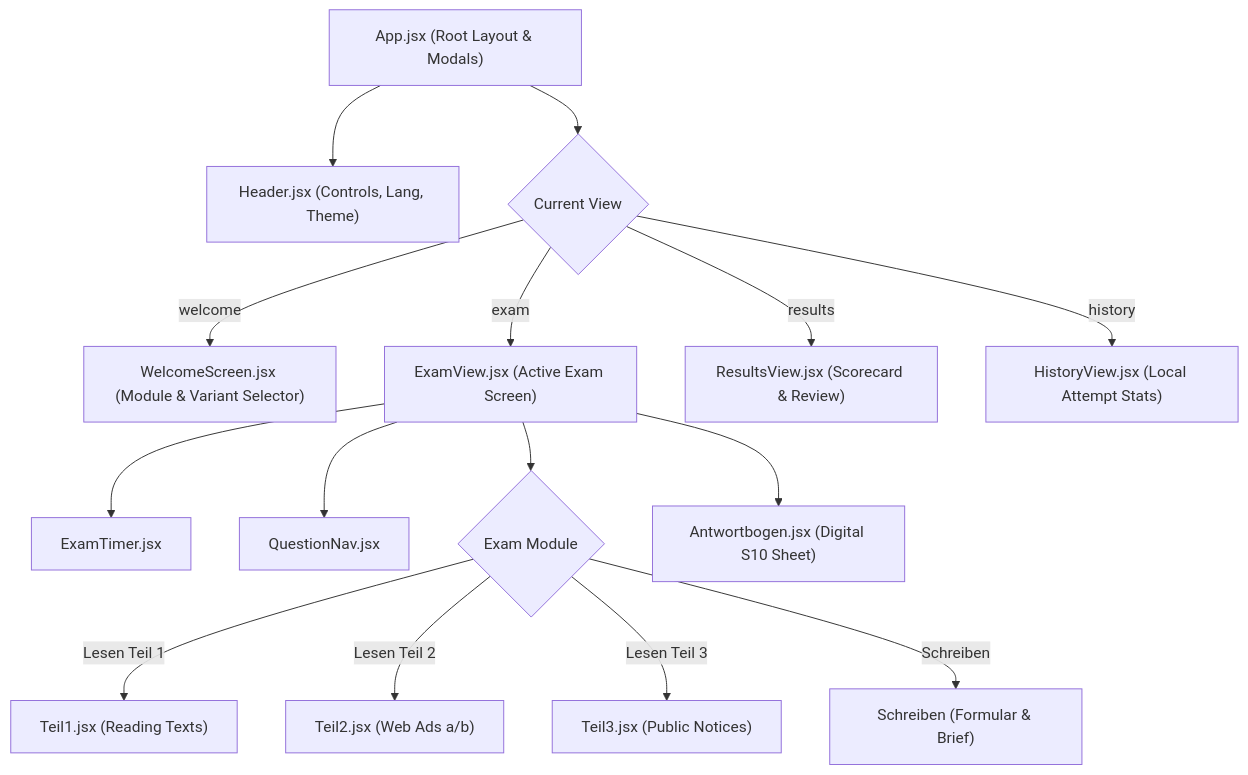
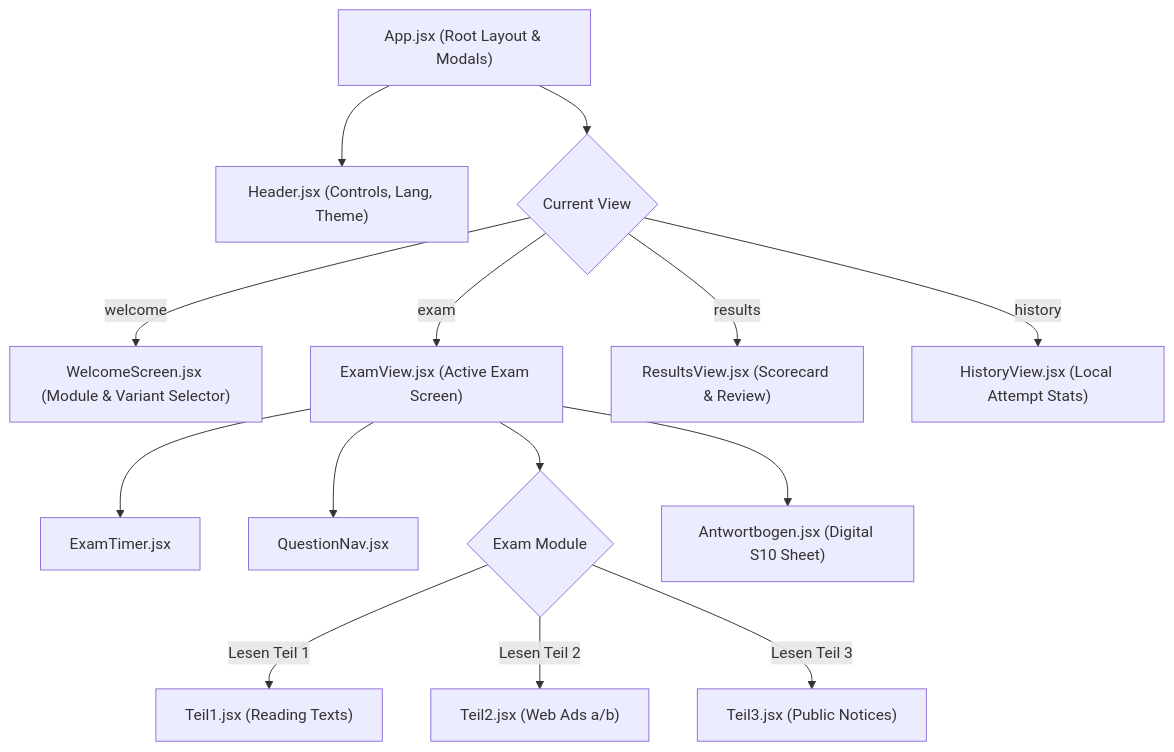
Before and after one commit to soldrag/telcA1: the second of 5 diagrams in ARCHITECTURE.md, drawn with Mermaid. The commit also changed other lines of this file, not shown here.

Commit message:
docs(architecture): document contract-guarded build, assignment continuity, and button tests

````diff
--- a/ARCHITECTURE.md
+++ b/ARCHITECTURE.md
@@ -75,22 +75,20 @@
 ```mermaid
 graph TD
     App["App.jsx (Root Layout & Modals)"]
     App --> Header["Header.jsx (Controls, Lang, Theme)"]
     App --> ViewSelector{Current View}
     
     ViewSelector -->|welcome| WelcomeScreen["WelcomeScreen.jsx (Module & Variant Selector)"]
     ViewSelector -->|exam| ExamView["ExamView.jsx (Active Exam Screen)"]
     ViewSelector -->|results| ResultsView["ResultsView.jsx (Scorecard & Review)"]
     ViewSelector -->|history| HistoryView["HistoryView.jsx (Local Attempt Stats)"]
     
     ExamView --> ExamTimer["ExamTimer.jsx"]
     ExamView --> QuestionNav["QuestionNav.jsx"]
     ExamView --> ActiveModule{Exam Module}
     
     ActiveModule -->|Lesen Teil 1| Teil1["Teil1.jsx (Reading Texts)"]
     ActiveModule -->|Lesen Teil 2| Teil2["Teil2.jsx (Web Ads a/b)"]
     ActiveModule -->|Lesen Teil 3| Teil3["Teil3.jsx (Public Notices)"]
-    ActiveModule -->|Schreiben| SchreibenView["Schreiben (Formular & Brief)"]
-    
     ExamView --> Antwortbogen["Antwortbogen.jsx (Digital S10 Sheet)"]
 ```
````
